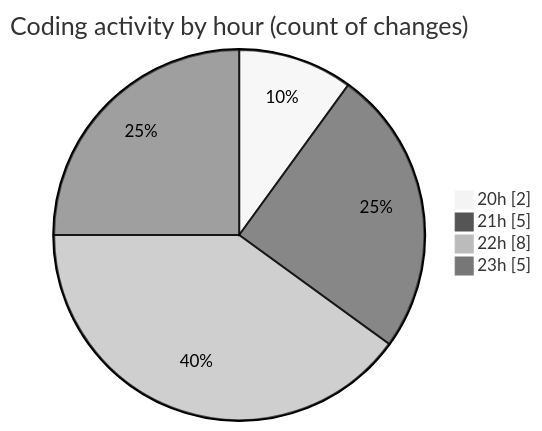
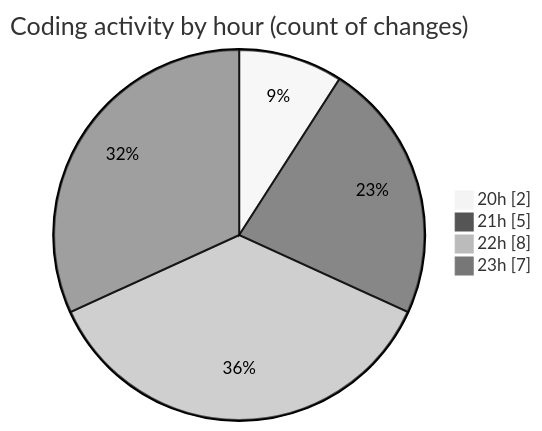
One commit to hasnaa123/code-tracking changed the second of 2 diagrams in 2025-12-23/technologie_web/README.md. Above: the diagram before and after it, drawn with Mermaid (neutral theme). The commit also changed other lines of this file and 1 other file, not shown here.

````diff
--- a/2025-12-23/technologie_web/README.md
+++ b/2025-12-23/technologie_web/README.md
@@ -28,8 +28,8 @@
 ```mermaid
 pie showData
 title Coding activity by hour (count of changes)
 "20h" : 2
 "21h" : 5
 "22h" : 8
-"23h" : 5
+"23h" : 7
 ```
````
